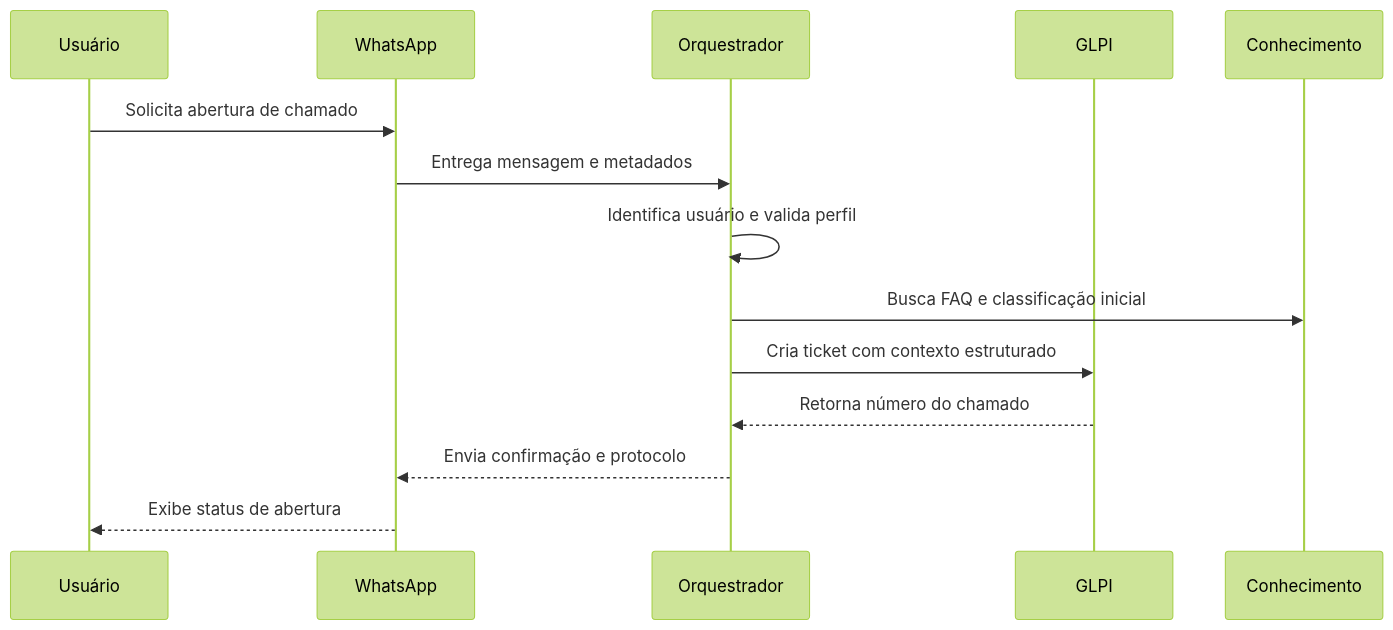
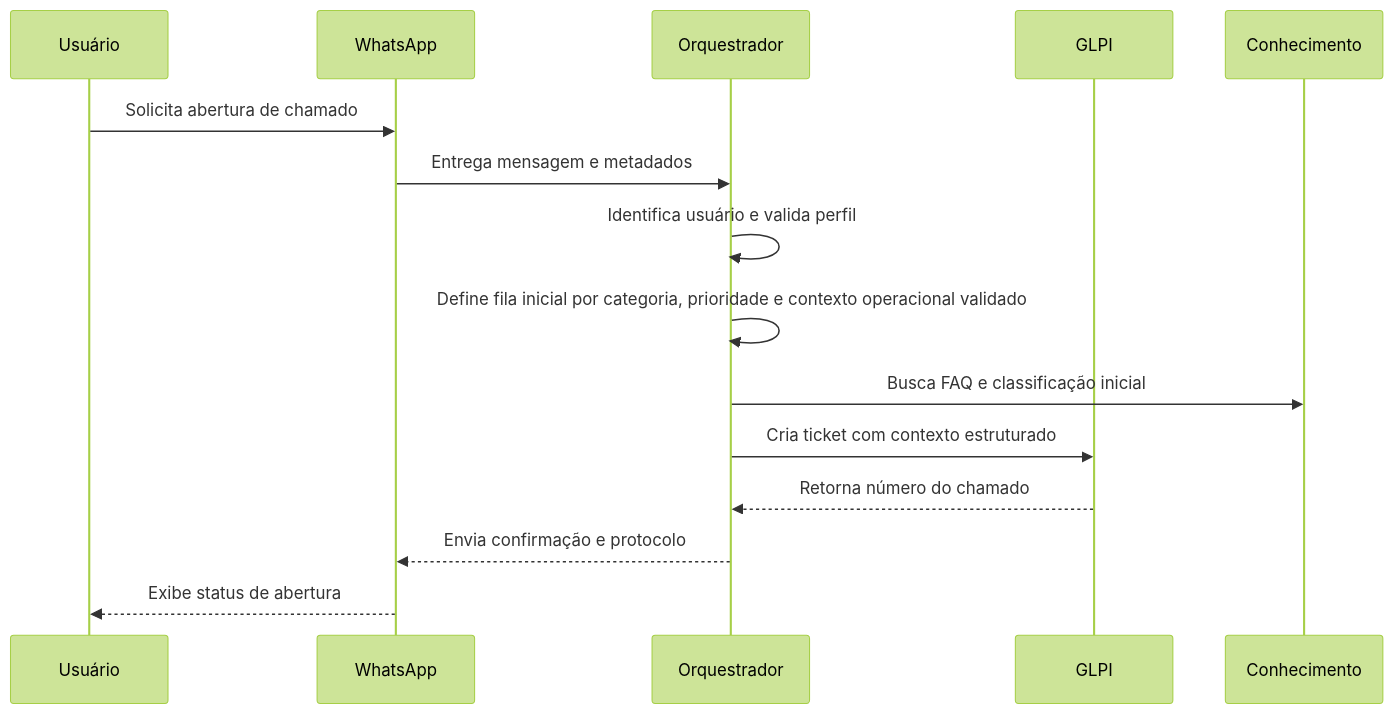
Before and after one commit to pcsouzafv/Script_Linux_Debian: the diagram in docs/arquitetura-helpdesk.md, drawn with Mermaid (forest theme). The commit also changed other lines of this file and 19 other files, not shown here.

````diff
--- a/docs/arquitetura-helpdesk.md
+++ b/docs/arquitetura-helpdesk.md
@@ -56,17 +56,18 @@
 ```mermaid
 sequenceDiagram
     participant U as Usuário
     participant W as WhatsApp
     participant O as Orquestrador
     participant G as GLPI
     participant K as Conhecimento
 
     U->>W: Solicita abertura de chamado
     W->>O: Entrega mensagem e metadados
     O->>O: Identifica usuário e valida perfil
+    O->>O: Define fila inicial por categoria, prioridade e contexto operacional validado
     O->>K: Busca FAQ e classificação inicial
     O->>G: Cria ticket com contexto estruturado
     G-->>O: Retorna número do chamado
     O-->>W: Envia confirmação e protocolo
     W-->>U: Exibe status de abertura
 ```
````
